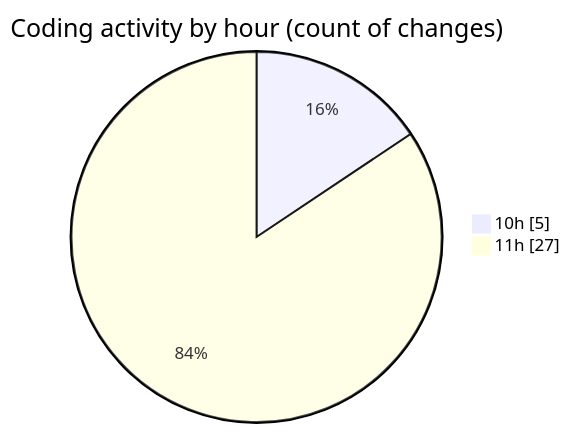
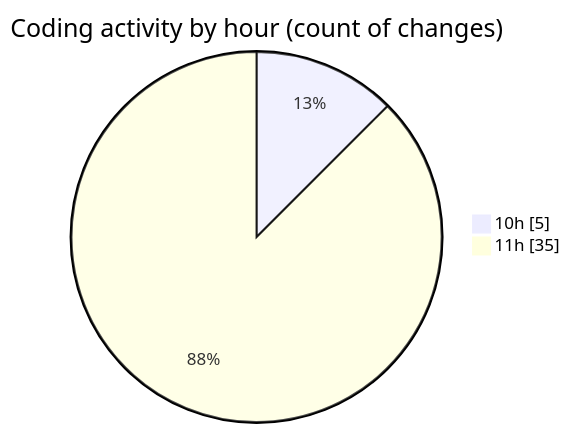
Before and after one commit to nxtqubesakshisongat/code-tracking: the second of 2 diagrams in 2025-09-23/nxtqube_webapp/README.md, drawn with Mermaid. The commit also changed other lines of this file and 1 other file, not shown here.

````diff
--- a/2025-09-23/nxtqube_webapp/README.md
+++ b/2025-09-23/nxtqube_webapp/README.md
@@ -32,6 +32,6 @@
 ```mermaid
 pie showData
 title Coding activity by hour (count of changes)
 "10h" : 5
-"11h" : 27
+"11h" : 35
 ```
````
